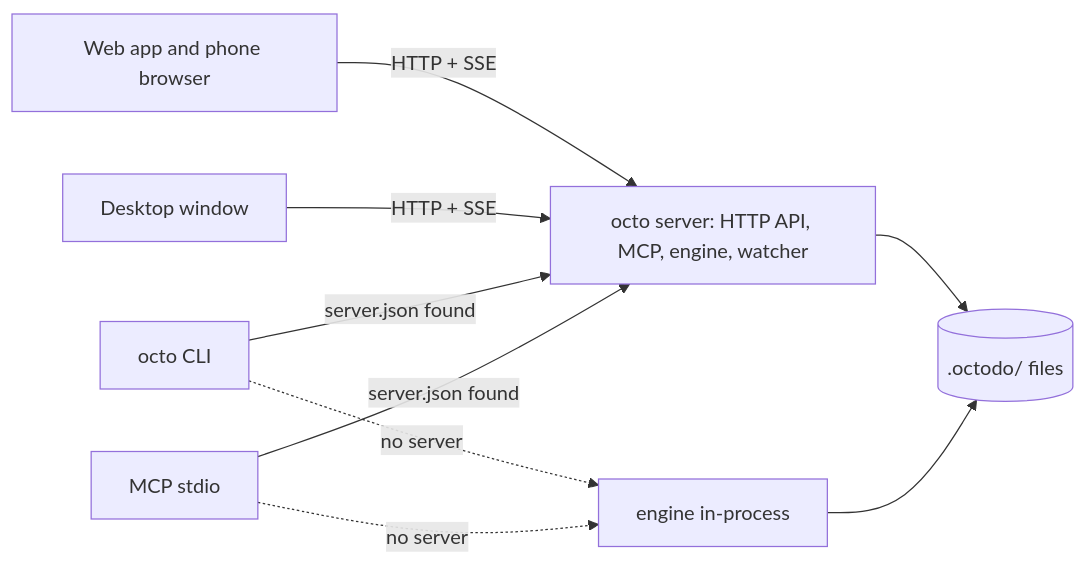
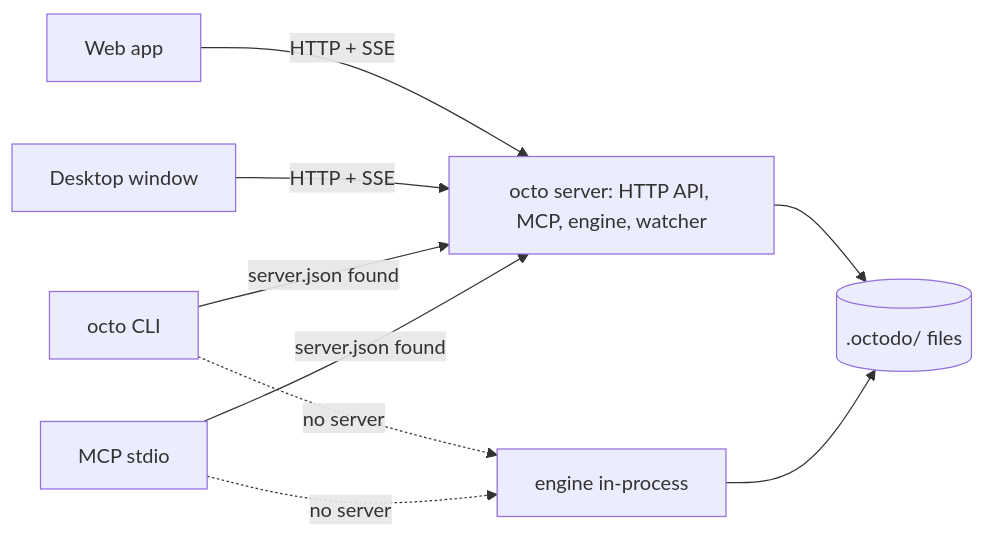
Before and after one commit to cagdotin/octodo: the diagram in docs/architecture.md, drawn with Mermaid. The commit also changed other lines of this file and 33 other files, not shown here.

````diff
--- a/docs/architecture.md
+++ b/docs/architecture.md
@@ -24,11 +24,11 @@
 ```mermaid
 flowchart LR
-  web[Web app and phone browser] -->|HTTP + SSE| srv
+  web[Web app] -->|HTTP + SSE| srv
   desk[Desktop window] -->|HTTP + SSE| srv
   cli[octo CLI] -->|server.json found| srv
   mcp[MCP stdio] -->|server.json found| srv
   cli -.->|no server| eng[engine in-process]
   mcp -.->|no server| eng
   srv[octo server: HTTP API, MCP, engine, watcher] --> files[(.octodo/ files)]
   eng --> files
 ```
````
